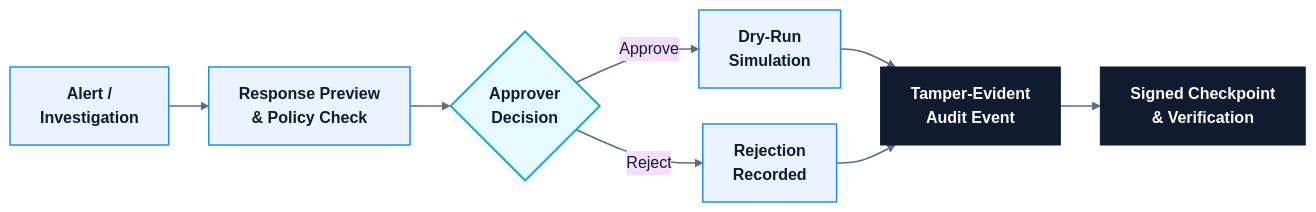
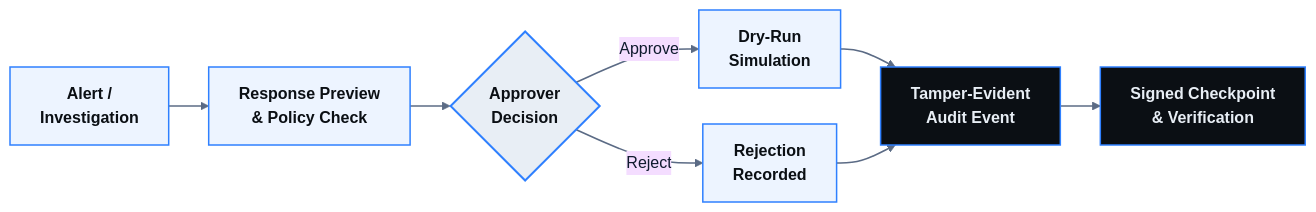
Before and after one commit to Nomusa990822/aegis-security-platform: the first of 2 diagrams in README.md, drawn with Mermaid. The commit also changed other lines of this file, not shown here.

````diff
--- a/README.md
+++ b/README.md
@@ -196,27 +210,27 @@
 ```mermaid
 %%{init: {
   "theme": "base",
   "themeVariables": {
     "fontFamily": "Inter, Segoe UI, Helvetica, Arial, sans-serif",
     "primaryTextColor": "#0f1b2e",
     "lineColor": "#5b6b85"
   },
   "flowchart": { "curve": "basis", "nodeSpacing": 36, "rankSpacing": 40, "htmlLabels": true }
 }}%%
 flowchart LR
     A["<b>Alert /<br/>Investigation</b>"] --> B["<b>Response Preview<br/>&amp; Policy Check</b>"]
     B --> C{"<b>Approver<br/>Decision</b>"}
     C -->|"Approve"| D["<b>Dry-Run<br/>Simulation</b>"]
     C -->|"Reject"| E["<b>Rejection<br/>Recorded</b>"]
     D --> F["<b>Tamper-Evident<br/>Audit Event</b>"]
     E --> F
     F --> G["<b>Signed Checkpoint<br/>&amp; Verification</b>"]
 
-    classDef step    fill:#eaf3ff,stroke:#1e8cff,stroke-width:1.5px,color:#0f1b2e;
-    classDef gate    fill:#e6fbff,stroke:#17a8d4,stroke-width:2px,color:#0f1b2e;
-    classDef trust   fill:#0f1b2e,stroke:#0f1b2e,color:#ffffff;
+    classDef step fill:#EDF4FF,stroke:#2F80FF,stroke-width:1.5px,color:#0B0F14;
+    classDef gate fill:#E8EEF5,stroke:#2F80FF,stroke-width:2px,color:#0B0F14;
+    classDef trust fill:#0B0F14,stroke:#2F80FF,stroke-width:1.5px,color:#E8EEF5;
     class A,B,D,E step;
     class C gate;
     class F,G trust;
     linkStyle default stroke:#5b6b85,stroke-width:1.6px
 ```
````
